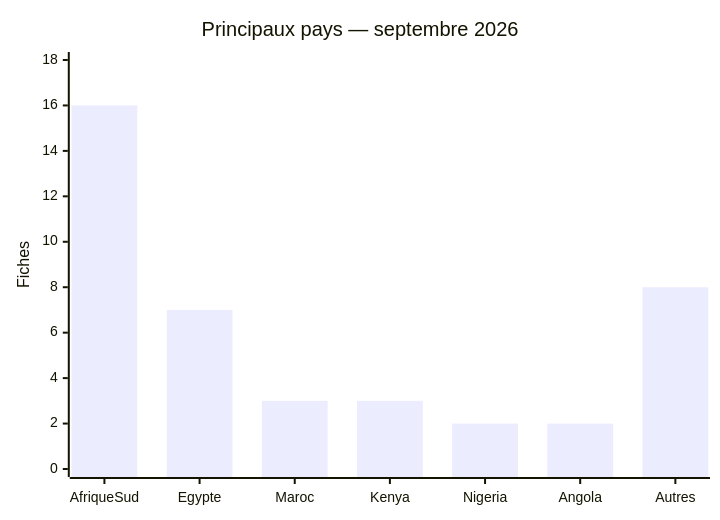
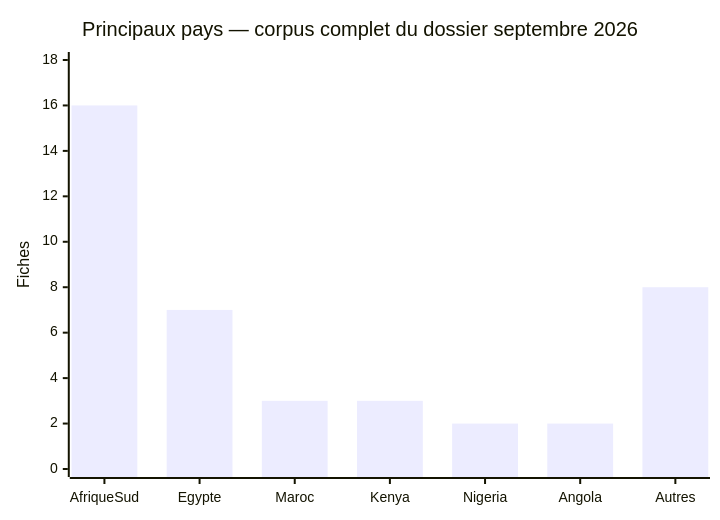
One commit to Hatchepsoute/AFRINTEL changed the fourth of 10 diagrams in CyberAttackAfrica/2026/09-september/README_FR.md. Above: the diagram before and after it, drawn with Mermaid. The commit also changed other lines of this file and 30 other files, not shown here.

````diff
--- a/CyberAttackAfrica/2026/09-september/README_FR.md
+++ b/CyberAttackAfrica/2026/09-september/README_FR.md
@@ -120,7 +170,7 @@
 ```mermaid
 xychart-beta
-    title "Principaux pays — septembre 2026"
+    title "Principaux pays — corpus complet du dossier septembre 2026"
     x-axis [AfriqueSud, Egypte, Maroc, Kenya, Nigeria, Angola, Autres]
     y-axis "Fiches" 0 --> 18
     bar [16, 7, 3, 3, 2, 2, 8]
 ```
````
